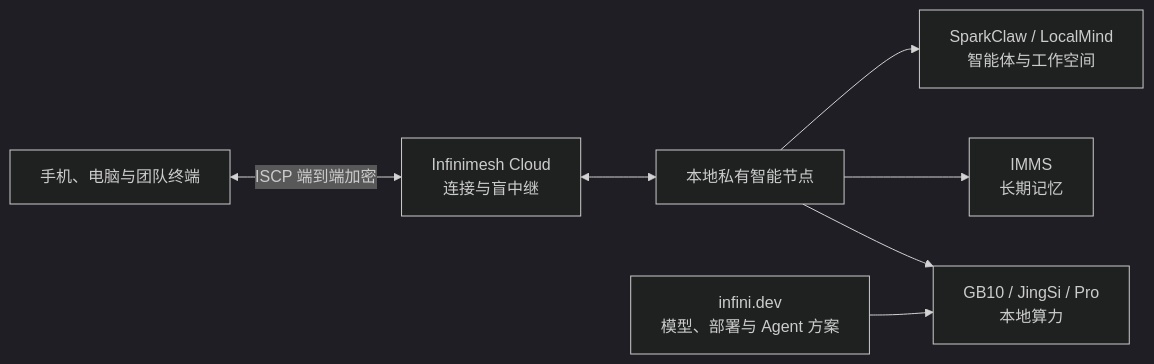
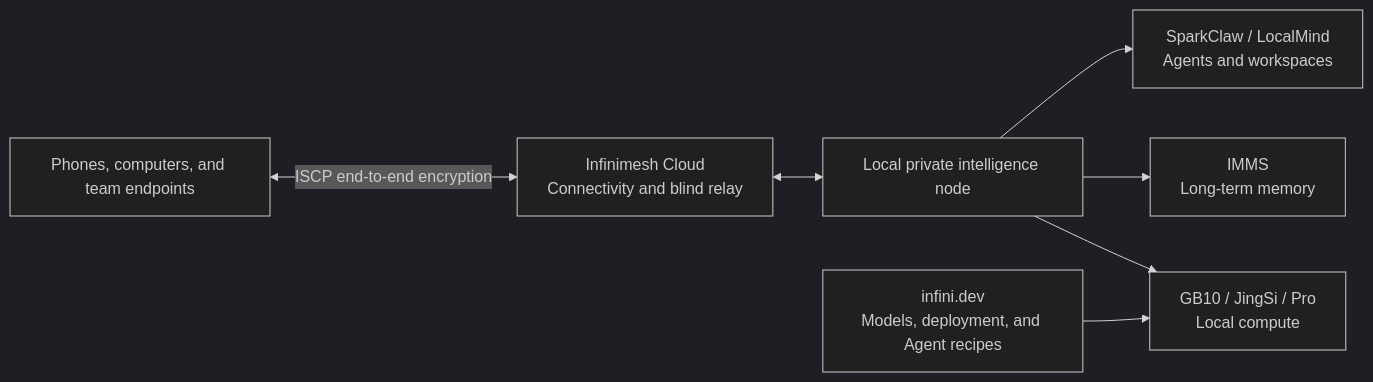
The diagram in profile/README.md (Infinimesh-ai/.github), drawn with Mermaid (dark theme) before and after one commit. The commit also changed other lines of this file and 1 other file, not shown here.

````diff
--- a/profile/README.md
+++ b/profile/README.md
@@ -44,9 +39,9 @@
 ```mermaid
 flowchart LR
-    A["手机、电脑与团队终端"] <-->|"ISCP 端到端加密"| B["Infinimesh Cloud<br/>连接与盲中继"]
-    B <--> C["本地私有智能节点"]
-    C --> D["SparkClaw / LocalMind<br/>智能体与工作空间"]
-    C --> E["IMMS<br/>长期记忆"]
-    C --> F["GB10 / JingSi / Pro<br/>本地算力"]
-    G["infini.dev<br/>模型、部署与 Agent 方案"] --> F
+    A["Phones, computers, and team endpoints"] <-->|"ISCP end-to-end encryption"| B["Infinimesh Cloud<br/>Connectivity and blind relay"]
+    B <--> C["Local private intelligence node"]
+    C --> D["SparkClaw / LocalMind<br/>Agents and workspaces"]
+    C --> E["IMMS<br/>Long-term memory"]
+    C --> F["GB10 / JingSi / Pro<br/>Local compute"]
+    G["infini.dev<br/>Models, deployment, and Agent recipes"] --> F
 ```
````
